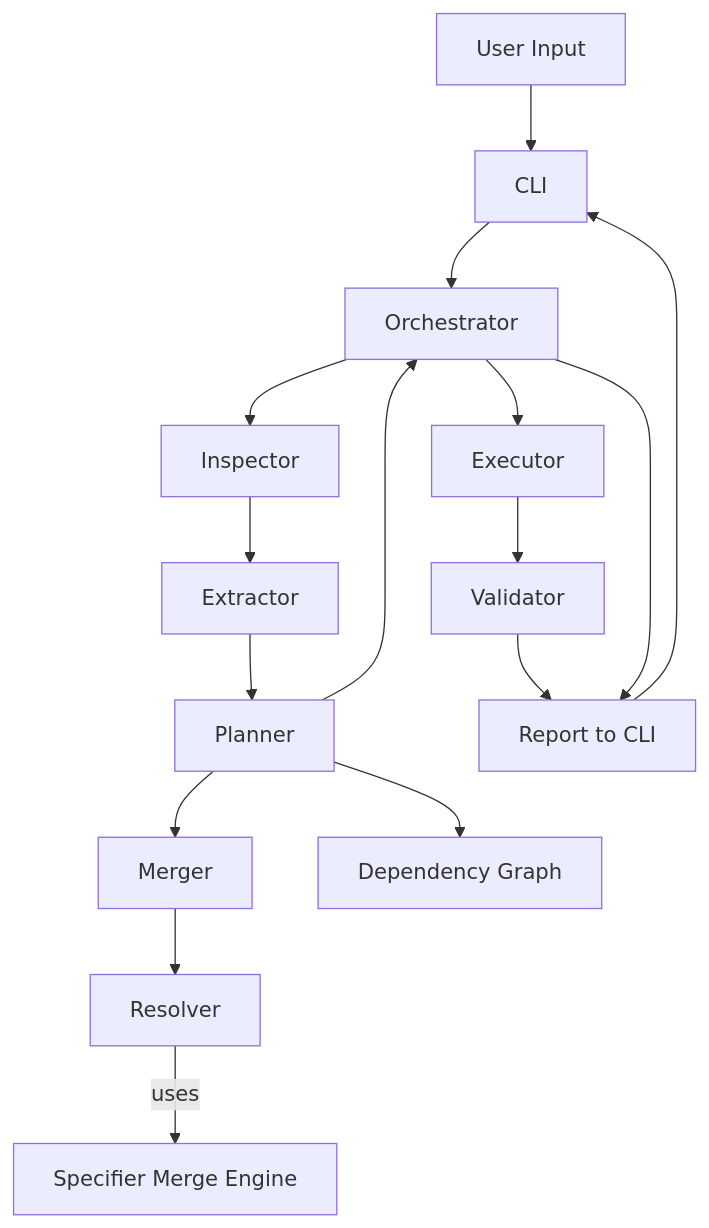
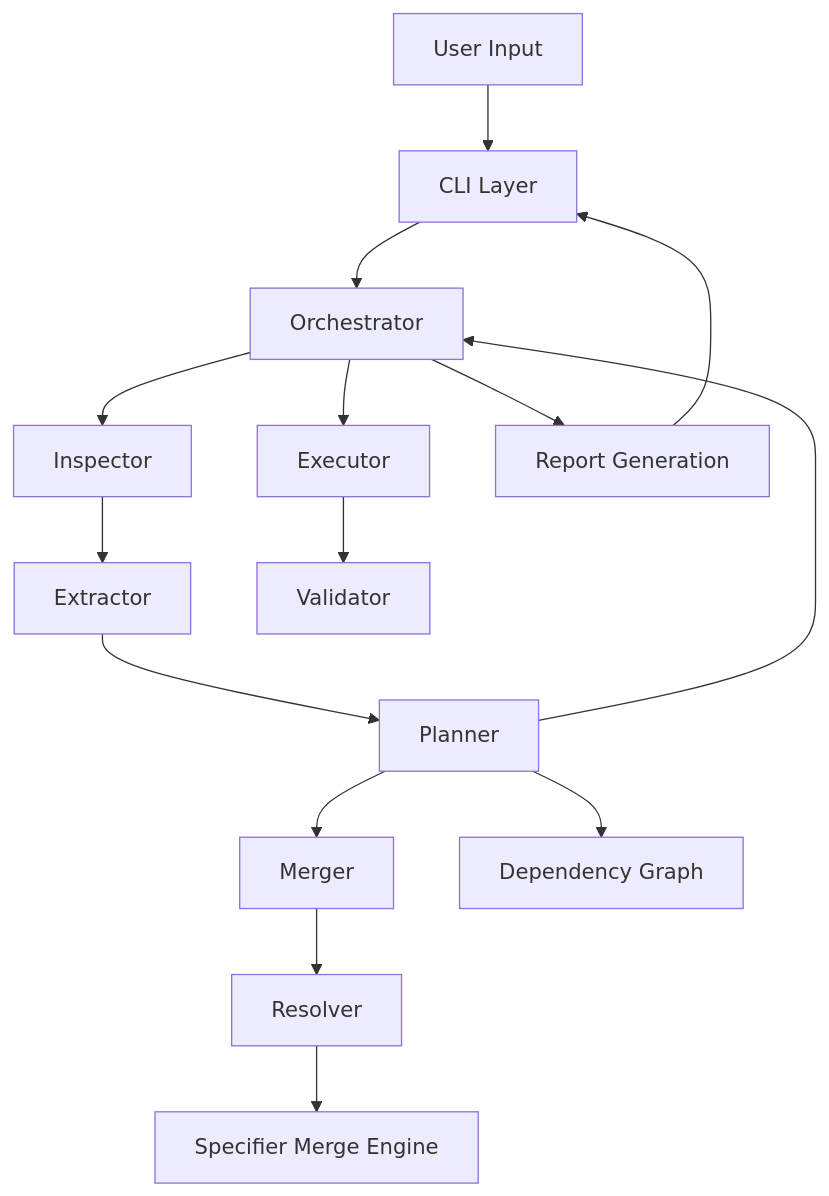
One commit to vishwanathdvgmm/pyvenvmerge changed the second of 2 diagrams in ARCHITECTURE.md. Above: the diagram before and after it, drawn with Mermaid. The commit also changed other lines of this file and 2 other files, not shown here.

````diff
--- a/ARCHITECTURE.md
+++ b/ARCHITECTURE.md
@@ -383,46 +394,43 @@
 ```mermaid
 flowchart TD
 
     A[User Input]
-    B[CLI]
+    B[CLI Layer]
 
     C[Orchestrator]
 
     D[Inspector]
     E[Extractor]
-    L[Planner]
+    F[Planner]
 
-    F[Merger]
-    G[Resolver]
-    S[Specifier Merge Engine]
+    G[Merger]
+    H[Resolver]
+    I[Specifier Merge Engine]
 
-    K[Dependency Graph]
+    J[Dependency Graph]
 
-    H[Executor]
-    I[Validator]
+    K[Executor]
+    L[Validator]
 
-    J[Report to CLI]
+    M[Report Generation]
 
-    %% Input flow
     A --> B --> C
 
-    %% Inspection & extraction
-    C --> D --> E --> L
+    C --> D
+    D --> E
+    E --> F
 
-    %% Planning internals
-    L --> F --> G
-    G -->|uses| S
-    L --> K
+    F --> G
+    G --> H
+    H --> I
 
-    %% Plan returns to orchestrator
-    L --> C
+    F --> J
 
-    %% Execution path
-    C --> H --> I --> J
+    F --> C
 
-    %% Dry-run / final output
-    C --> J
+    C --> K
+    K --> L
 
-    %% Final output to CLI
-    J --> B
+    C --> M
+    M --> B
 ```
````
